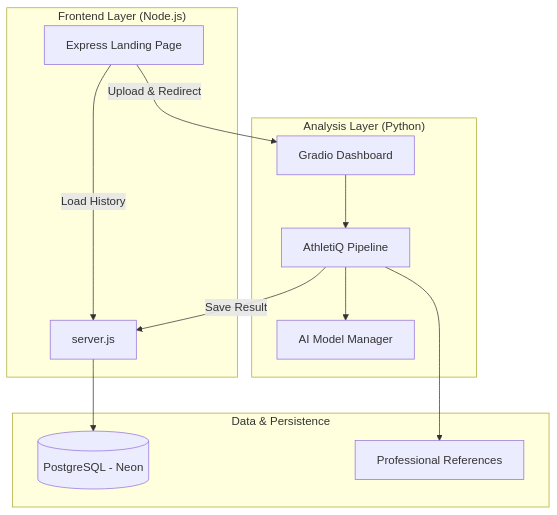
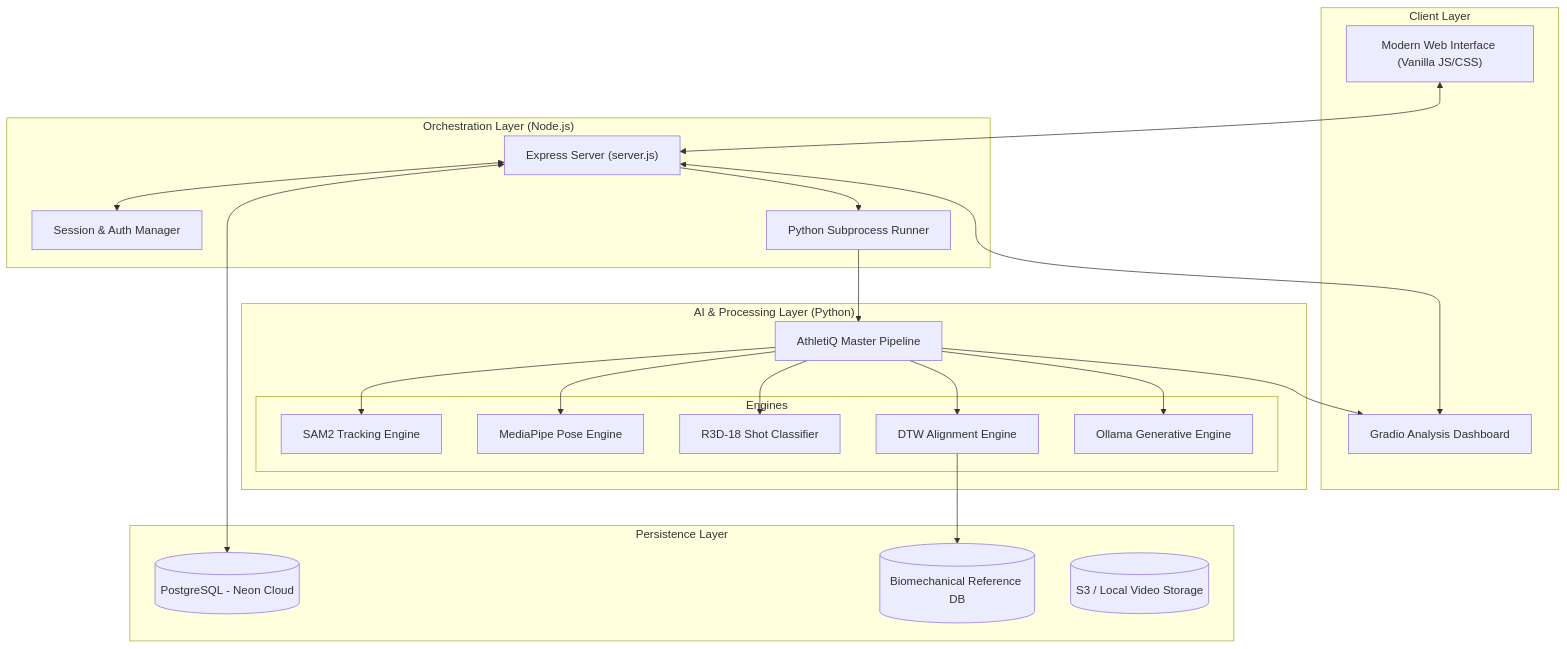
Before and after one commit to milansinghal2004/AthletiQ: the second of 2 diagrams in README.md, drawn with Mermaid. The commit also changed other lines of this file, not shown here.

Commit message:
docs: comprehensive update of technical instructions and architectural diagrams

````diff
--- a/README.md
+++ b/README.md
@@ -45,26 +62,46 @@
 ```mermaid
-graph TD
-    subgraph "Frontend Layer (Node.js)"
-        FE[Express Landing Page]
-        DB_JS[server.js]
+graph TB
+    subgraph "Client Layer"
+        UI["Modern Web Interface (Vanilla JS/CSS)"]
+        GR_UI["Gradio Analysis Dashboard"]
     end
 
-    subgraph "Analysis Layer (Python)"
-        GR[Gradio Dashboard]
-        PIPE[AthletiQ Pipeline]
-        AI[AI Model Manager]
+    subgraph "Orchestration Layer (Node.js)"
+        Srv["Express Server (server.js)"]
+        Auth["Session & Auth Manager"]
+        Runner["Python Subprocess Runner"]
     end
 
-    subgraph "Data & Persistence"
-        NEON[(PostgreSQL - Neon)]
-        REF[Professional References]
+    subgraph "AI & Processing Layer (Python)"
+        Pipe["AthletiQ Master Pipeline"]
+        subgraph "Engines"
+            SAM["SAM2 Tracking Engine"]
+            Pose["MediaPipe Pose Engine"]
+            Shot["R3D-18 Shot Classifier"]
+            Sync["DTW Alignment Engine"]
+            LLM["Ollama Generative Engine"]
+        end
     end
 
-    FE -->|Upload & Redirect| GR
-    GR --> PIPE
-    PIPE --> AI
-    PIPE --> REF
-    PIPE -->|Save Result| DB_JS
-    DB_JS --> NEON
-    FE -->|Load History| DB_JS
+    subgraph "Persistence Layer"
+        Postgres[(PostgreSQL - Neon Cloud)]
+        RefDB[(Biomechanical Reference DB)]
+        Media[(S3 / Local Video Storage)]
+    end
+
+    UI <--> Srv
+    Srv <--> Auth
+    Srv <--> Postgres
+    Srv --> Runner
+    Runner --> Pipe
+    
+    Pipe --> SAM
+    Pipe --> Pose
+    Pipe --> Shot
+    Pipe --> Sync
+    Pipe --> LLM
+    
+    Sync --> RefDB
+    Pipe --> GR_UI
+    Srv <--> GR_UI
 ```
````
